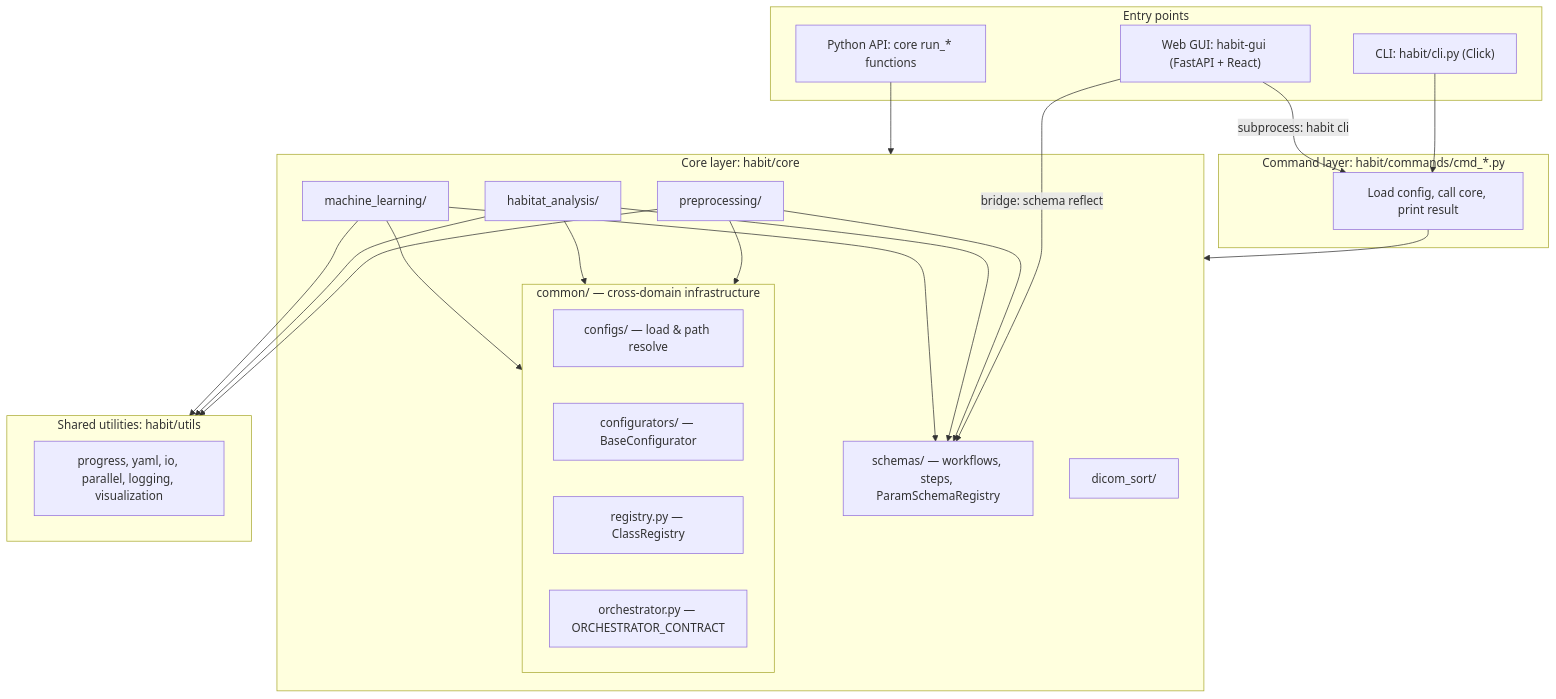
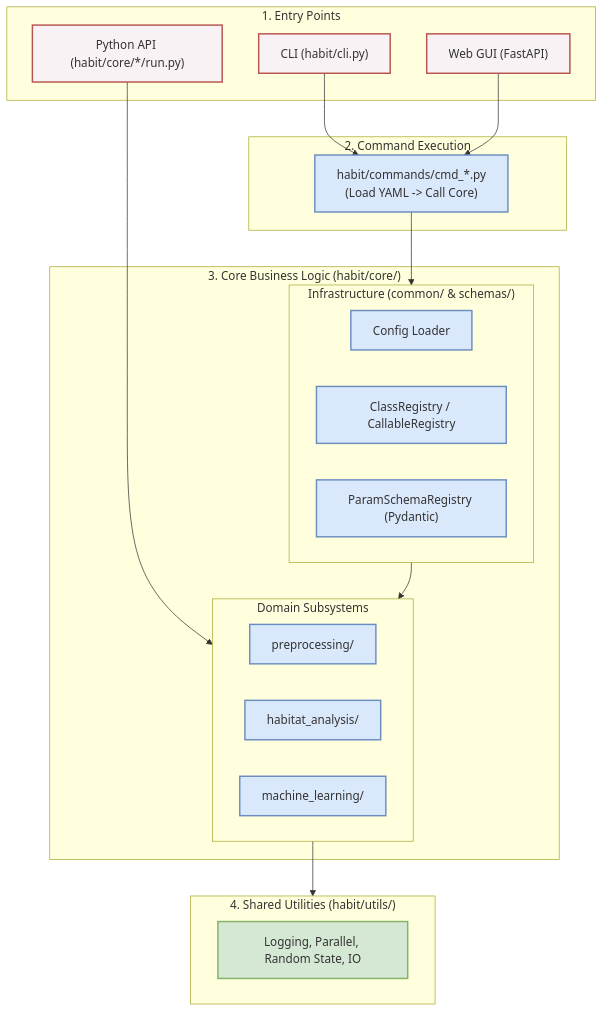
The first of 2 diagrams in docs/source/development/architecture.rst (lichao312214129/HABIT), drawn with Mermaid before and after one commit. The commit also changed other lines of this file and 52 other files, not shown here.

```diff
--- a/docs/source/development/architecture.rst
+++ b/docs/source/development/architecture.rst
@@ -25,45 +22,40 @@
 .. mermaid::
 
    flowchart TD
-     subgraph Entry["Entry points"]
-       CLI["CLI: habit/cli.py (Click)"]
-       PY["Python API: core run_* functions"]
-       GUI["Web GUI: habit-gui (FastAPI + React)"]
+     classDef ui fill:#f9f2f4,stroke:#b85450,stroke-width:2px;
+     classDef core fill:#dae8fc,stroke:#6c8ebf,stroke-width:2px;
+     classDef util fill:#d5e8d4,stroke:#82b366,stroke-width:2px;
+
+     subgraph Entry["1. Entry Points"]
+       CLI["CLI (habit/cli.py)"]:::ui
+       PY["Python API (habit/core/*/run.py)"]:::ui
+       GUI["Web GUI (FastAPI)"]:::ui
      end
 
-     subgraph Cmd["Command layer: habit/commands/cmd_*.py"]
-       CMD["Load config, call core, print result"]
+     subgraph Cmd["2. Command Execution"]
+       CMD["habit/commands/cmd_*.py<br/>(Load YAML -> Call Core)"]:::core
      end
 
-     subgraph Core["Core layer: habit/core"]
-       subgraph COM["common/ — cross-domain infrastructure"]
-         CFG["configs/ — load & path resolve"]
-         CON["configurators/ — BaseConfigurator"]
-         REG["registry.py — ClassRegistry"]
-         ORC["orchestrator.py — ORCHESTRATOR_CONTRACT"]
+     subgraph Core["3. Core Business Logic (habit/core/)"]
+       subgraph Infra["Infrastructure (common/ & schemas/)"]
+         CFG["Config Loader"]:::core
+         REG["ClassRegistry / CallableRegistry"]:::core
+         SCH["ParamSchemaRegistry (Pydantic)"]:::core
        end
-       SCH["schemas/ — workflows, steps, ParamSchemaRegistry"]
-       PRE["preprocessing/"]
-       HAB["habitat_analysis/"]
-       ML["machine_learning/"]
-       DCM["dicom_sort/"]
+       subgraph Domain["Domain Subsystems"]
+         PRE["preprocessing/"]:::core
+         HAB["habitat_analysis/"]:::core
+         ML["machine_learning/"]:::core
+       end
      end
 
-     subgraph Utils["Shared utilities: habit/utils"]
-       U["progress, yaml, io, parallel, logging, visualization"]
+     subgraph Utils["4. Shared Utilities (habit/utils/)"]
+       UTILS["Logging, Parallel, Random State, IO"]:::util
      end
 
      CLI --> CMD
-     GUI -->|subprocess: habit cli| CMD
-     GUI -->|bridge: schema reflect| SCH
-     CMD --> Core
-     PY --> Core
-     PRE --> Utils
-     HAB --> Utils
-     ML --> Utils
-     PRE --> COM
-     HAB --> COM
-     ML --> COM
-     PRE --> SCH
-     HAB --> SCH
-     ML --> SCH
+     GUI --> CMD
+     PY --> Domain
+     CMD --> Infra
+     Infra --> Domain
+     Domain --> Utils
```
